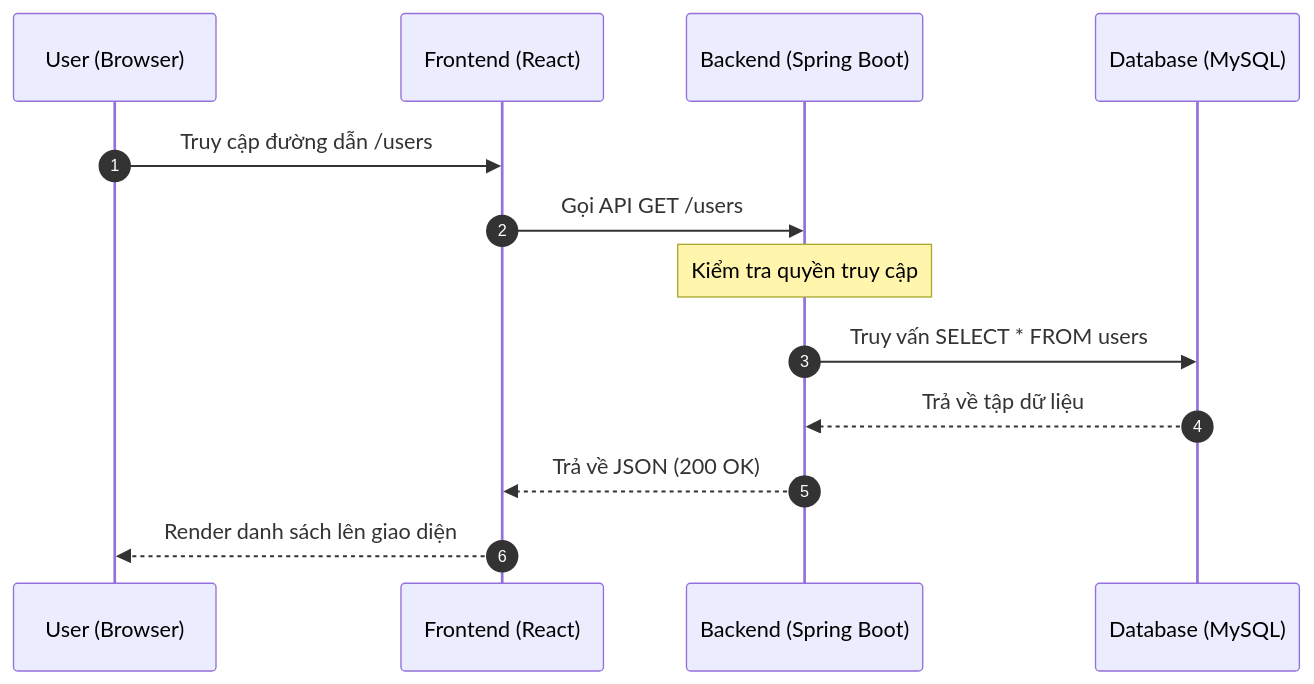
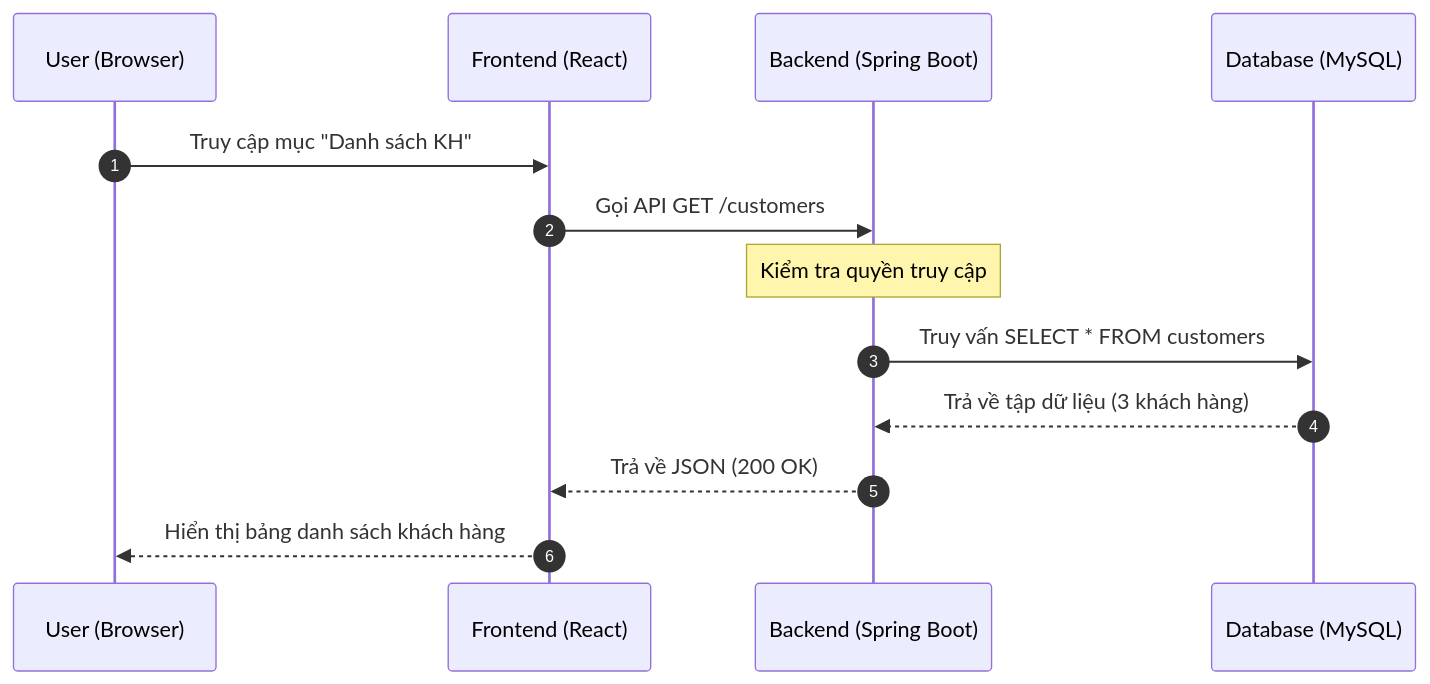
Before and after one commit to toandev2505/customer-bds-fe: the third of 6 diagrams in README.md, drawn with Mermaid. The commit also changed other lines of this file, not shown here.

````diff
--- a/README.md
+++ b/README.md
@@ -86,16 +92,16 @@
 ```mermaid
 sequenceDiagram
     autonumber
     participant U as User (Browser)
     participant FE as Frontend (React)
     participant BE as Backend (Spring Boot)
     participant DB as Database (MySQL)
 
-    U->>FE: Truy cập đường dẫn /users
-    FE->>BE: Gọi API GET /users
+    U->>FE: Truy cập mục "Danh sách KH"
+    FE->>BE: Gọi API GET /customers
     Note over BE: Kiểm tra quyền truy cập
-    BE->>DB: Truy vấn SELECT * FROM users
-    DB-->>BE: Trả về tập dữ liệu
+    BE->>DB: Truy vấn SELECT * FROM customers
+    DB-->>BE: Trả về tập dữ liệu (3 khách hàng)
     BE-->>FE: Trả về JSON (200 OK)
-    FE-->>U: Render danh sách lên giao diện
+    FE-->>U: Hiển thị bảng danh sách khách hàng
 ```
````
